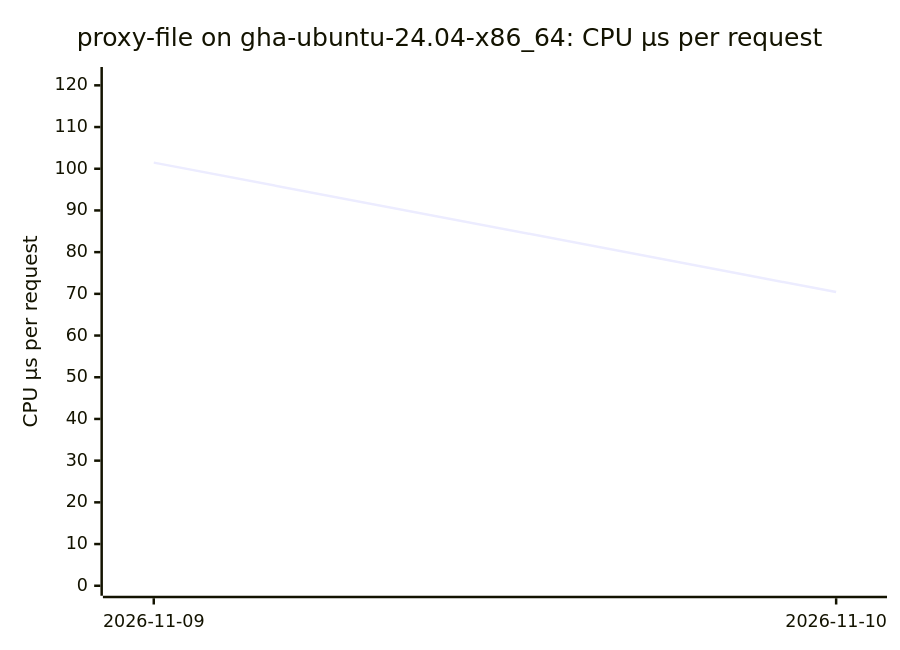
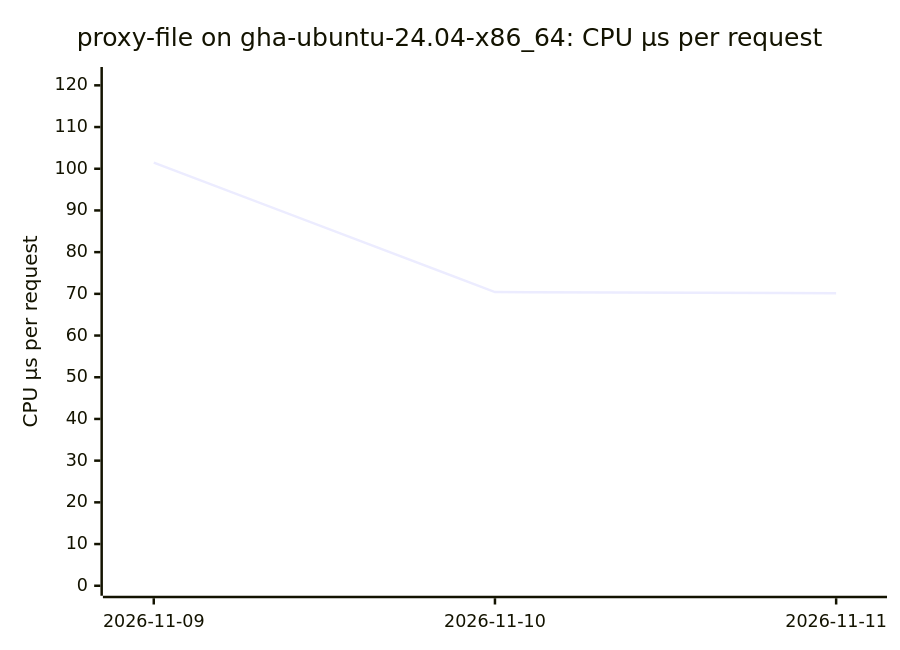
One commit to ThePixelPilgrim/durchlauferhitzer changed the seventh of 18 diagrams in BENCHMARKS.md. Above: the diagram before and after it, drawn with Mermaid. The commit also changed other lines of this file and 1 other file, not shown here.

````diff
--- a/BENCHMARKS.md
+++ b/BENCHMARKS.md
@@ -86,7 +86,7 @@
 ```mermaid
 xychart-beta
   title "proxy-file on gha-ubuntu-24.04-x86_64: CPU µs per request"
-  x-axis ["2026-11-09", "2026-11-10"]
+  x-axis ["2026-11-09", "2026-11-10", "2026-11-11"]
   y-axis "CPU µs per request" 0 --> 122
-  line [101.47, 70.43]
+  line [101.47, 70.43, 70.16]
 ```
````
